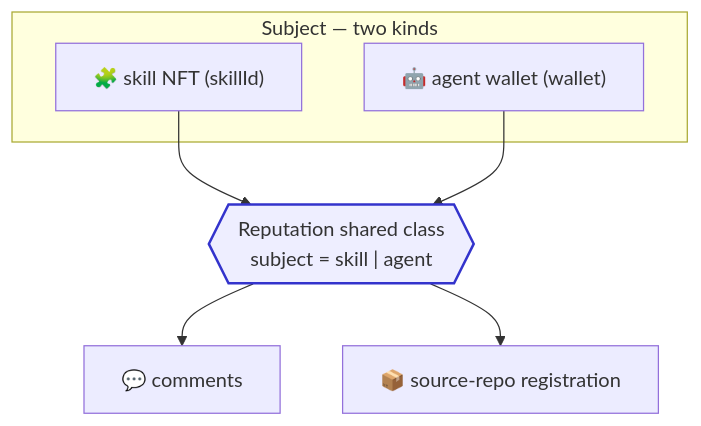
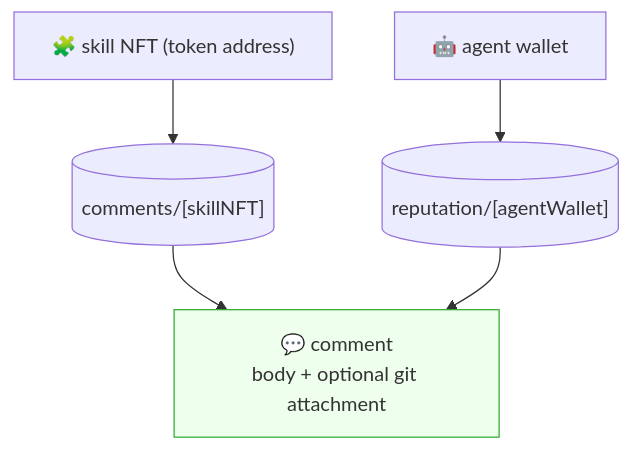
One commit to IQCoreTeam/AgentNet changed the first of 3 diagrams in plans/reputation-wrapper.md. Above: the diagram before and after it, drawn with Mermaid. The commit also changed other lines of this file and 11 other files, not shown here.

First line of the commit message:
Merge skill docs into skill-nft-structure; restructure reputation; fix vision docs

````diff
--- a/plans/reputation-wrapper.md
+++ b/plans/reputation-wrapper.md
@@ -17,13 +16,8 @@
 ```mermaid
 flowchart TB
-    subgraph Subject["Subject — two kinds"]
-        Skill["🧩 skill NFT (skillId)"]
-        Agent["🤖 agent wallet (wallet)"]
-    end
-    Wrap{{"Reputation shared class<br/>subject = skill | agent"}}
-    Skill --> Wrap
-    Agent --> Wrap
-    Wrap --> C["💬 comments"]
-    Wrap --> R["📦 source-repo registration"]
-    style Wrap fill:#eef,stroke:#33c,stroke-width:2px
+    Skill["🧩 skill NFT (token address)"] --> CMT[("comments/[skillNFT]")]
+    Agent["🤖 agent wallet"] --> REP[("reputation/[agentWallet]")]
+    CMT --> C["💬 comment<br/>body + optional git attachment"]
+    REP --> C
+    style C fill:#efe,stroke:#3a3
 ```
````
